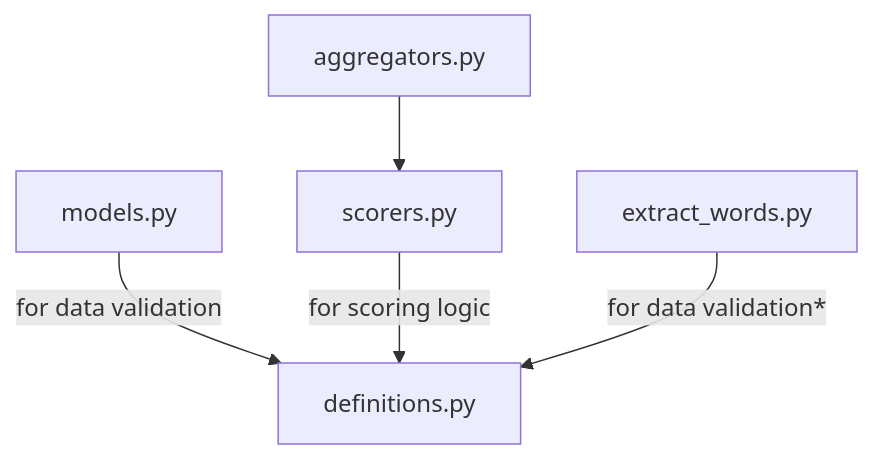
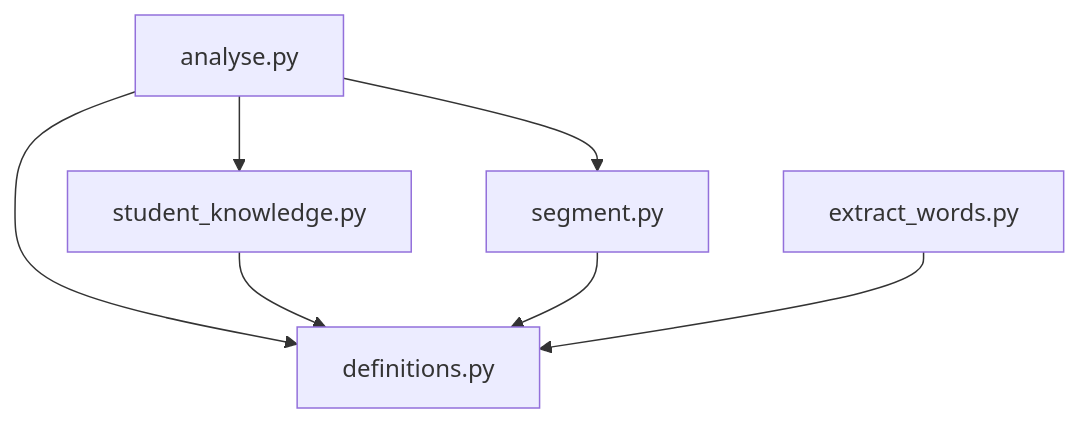
The diagram in README.md (Fab-Inc/decodability), drawn with Mermaid before and after one commit. The commit also changed other lines of this file and 12 other files, not shown here.

Commit message:
rename models.py -> student_knowledge.py; add segmentation and analysis module for word-level analysis of decodability

````diff
--- a/README.md
+++ b/README.md
@@ -41,7 +43,9 @@
 ```mermaid
 flowchart
-  models.py --for data validation--> definitions.py
-  scorers.py --for scoring logic--> definitions.py
-  extract_words.py --for data validation*--> definitions.py
-  aggregators.py --> scorers.py
+  analyse.py --> student_knowledge.py
+  analyse.py --> segment.py
+  analyse.py --> definitions.py 
+  student_knowledge.py --> definitions.py
+  segment.py --> definitions.py
+  extract_words.py --> definitions.py
 ```
````
